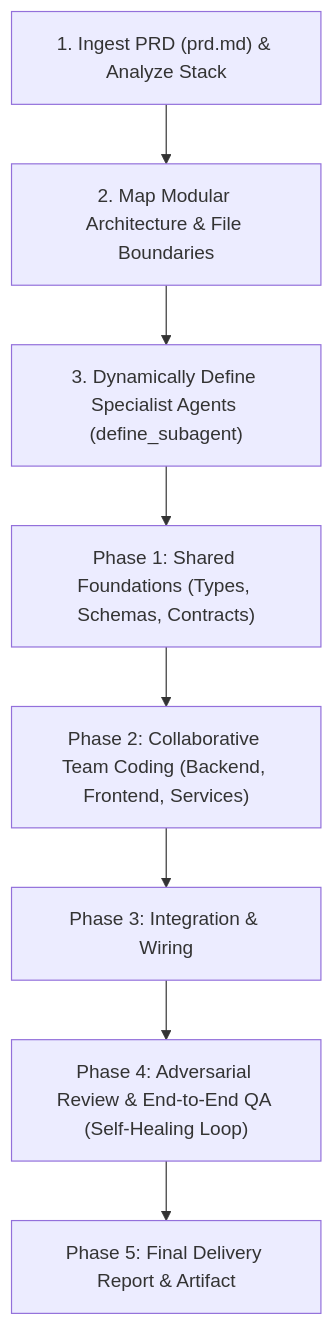
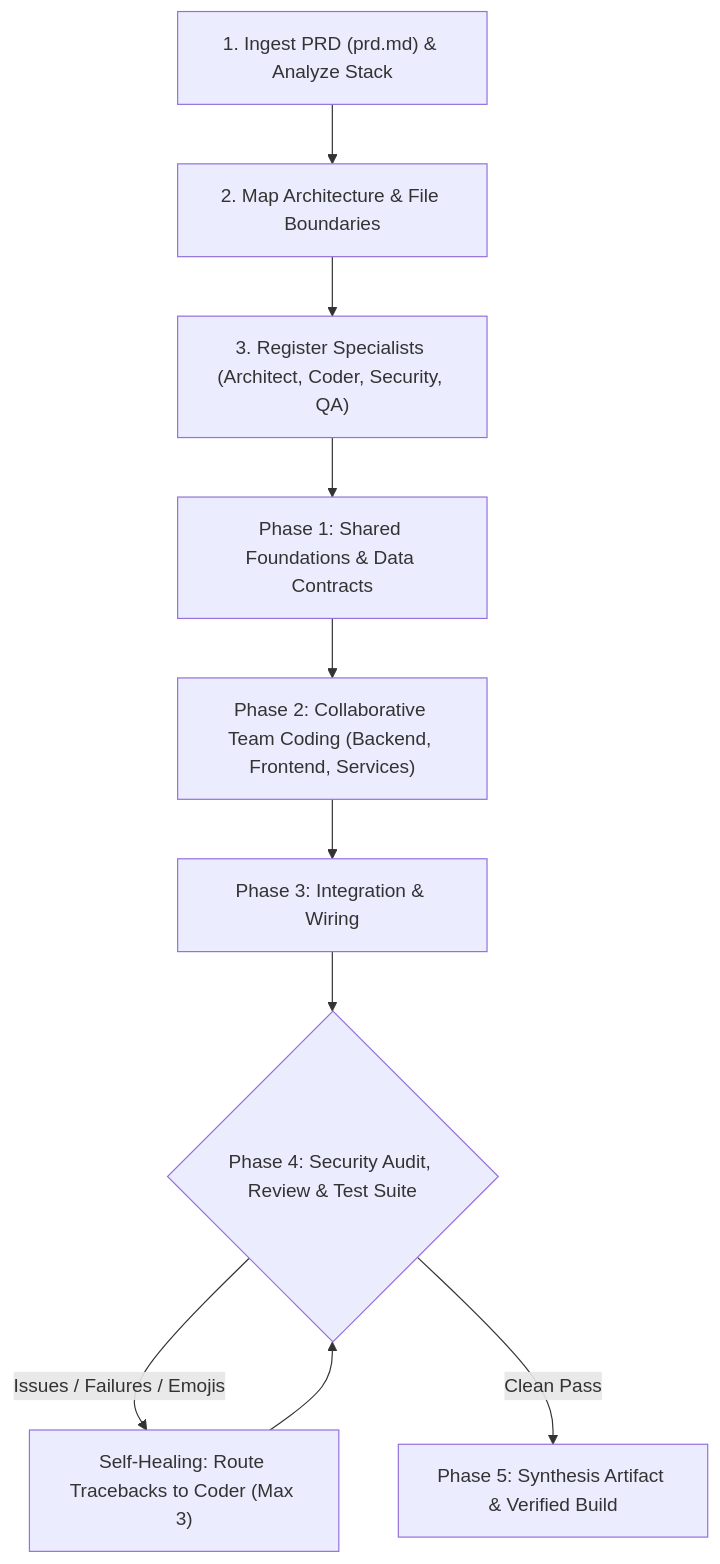
One commit to berlin-566/-agents changed the diagram in SKILL.md. Above: the diagram before and after it, drawn with Mermaid. The commit also changed other lines of this file and 6 other files, not shown here.

Commit message:
feat: expand specialist roster with security researcher, code expert, and perf engineer

````diff
--- a/SKILL.md
+++ b/SKILL.md
@@ -22,10 +51,12 @@
 ```mermaid
 flowchart TD
-    PRD["1. Ingest PRD (prd.md) & Analyze Stack"] --> Decompose["2. Map Modular Architecture & File Boundaries"]
-    Decompose --> DefineAgents["3. Dynamically Define Specialist Agents (define_subagent)"]
-    DefineAgents --> PhaseShared["Phase 1: Shared Foundations (Types, Schemas, Contracts)"]
-    PhaseShared --> PhaseParallel["Phase 2: Collaborative Team Coding (Backend, Frontend, Services)"]
-    PhaseParallel --> PhaseIntegrate["Phase 3: Integration & Wiring"]
-    PhaseIntegrate --> PhaseAudit["Phase 4: Adversarial Review & End-to-End QA (Self-Healing Loop)"]
-    PhaseAudit --> Done["Phase 5: Final Delivery Report & Artifact"]
+    PRD["1. Ingest PRD (prd.md) & Analyze Stack"] --> Decompose["2. Map Architecture & File Boundaries"]
+    Decompose --> DefineAgents["3. Register Specialists (Architect, Coder, Security, QA)"]
+    DefineAgents --> Phase1["Phase 1: Shared Foundations & Data Contracts"]
+    Phase1 --> Phase2["Phase 2: Collaborative Team Coding (Backend, Frontend, Services)"]
+    Phase2 --> Phase3["Phase 3: Integration & Wiring"]
+    Phase3 --> Phase4{"Phase 4: Security Audit, Review & Test Suite"}
+    Phase4 -- "Issues / Failures / Emojis" --> Repair["Self-Healing: Route Tracebacks to Coder (Max 3)"]
+    Repair --> Phase4
+    Phase4 -- "Clean Pass" --> Done["Phase 5: Synthesis Artifact & Verified Build"]
 ```
````
